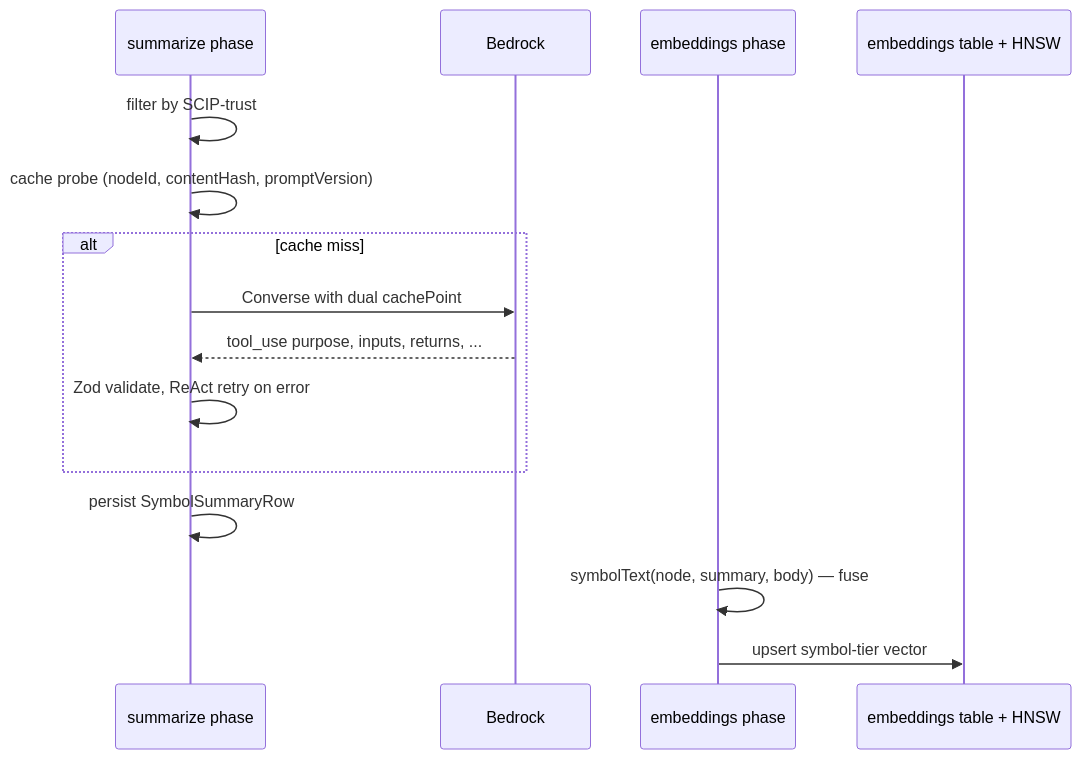
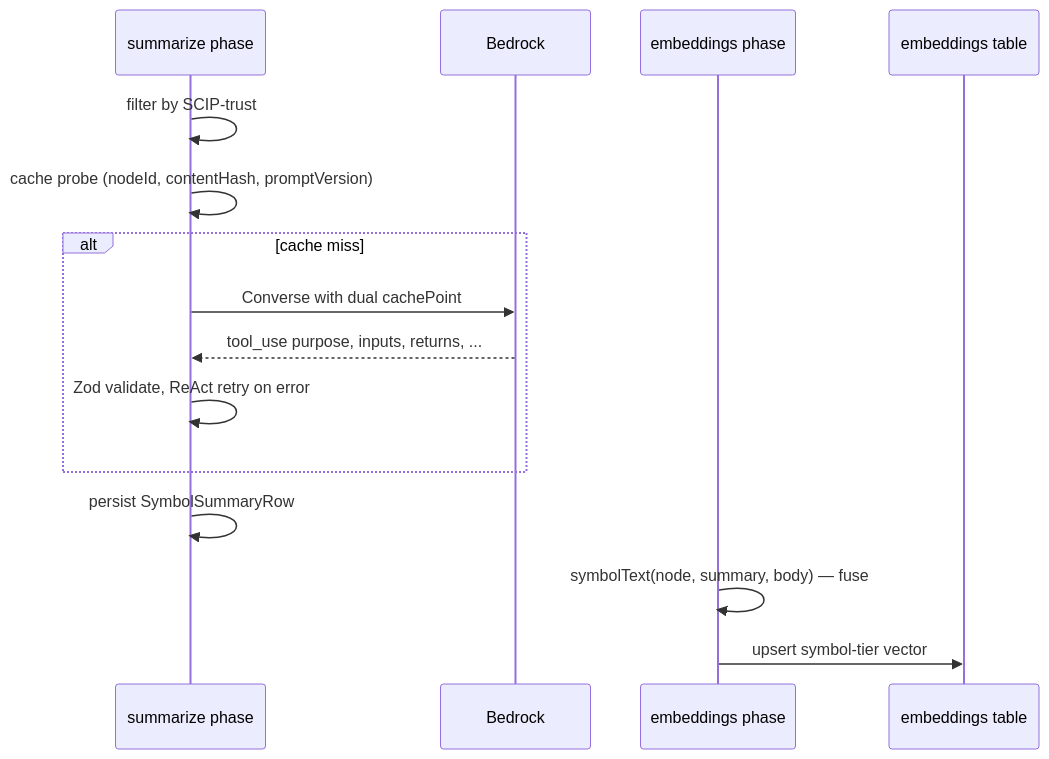
The diagram in packages/docs/src/content/docs/architecture/summarization-and-fusion.md (theagenticguy/opencodehub), drawn with Mermaid before and after one commit. The commit also changed 202 other files, not shown here.

````diff
--- a/packages/docs/src/content/docs/architecture/summarization-and-fusion.md
+++ b/packages/docs/src/content/docs/architecture/summarization-and-fusion.md
@@ -128,18 +128,18 @@
 ```mermaid
 sequenceDiagram
   participant Summ as summarize phase
   participant Bedrock
   participant Emb as embeddings phase
-  participant HNSW as embeddings table + HNSW
+  participant Vec as embeddings table
 
   Summ->>Summ: filter by SCIP-trust
   Summ->>Summ: cache probe (nodeId, contentHash, promptVersion)
   alt cache miss
     Summ->>Bedrock: Converse with dual cachePoint
     Bedrock-->>Summ: tool_use purpose, inputs, returns, ...
     Summ->>Summ: Zod validate, ReAct retry on error
   end
   Summ->>Summ: persist SymbolSummaryRow
   Emb->>Emb: symbolText(node, summary, body) — fuse
-  Emb->>HNSW: upsert symbol-tier vector
+  Emb->>Vec: upsert symbol-tier vector
 ```
````
